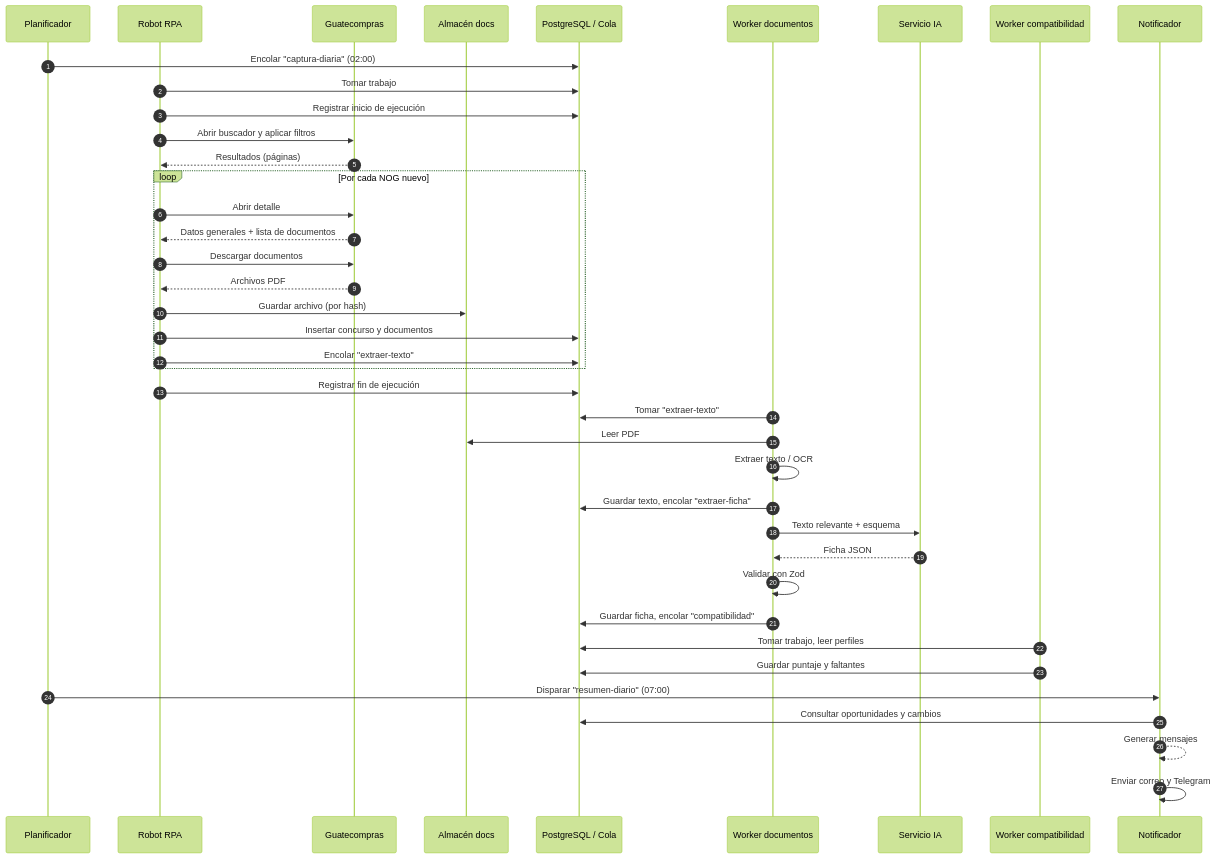
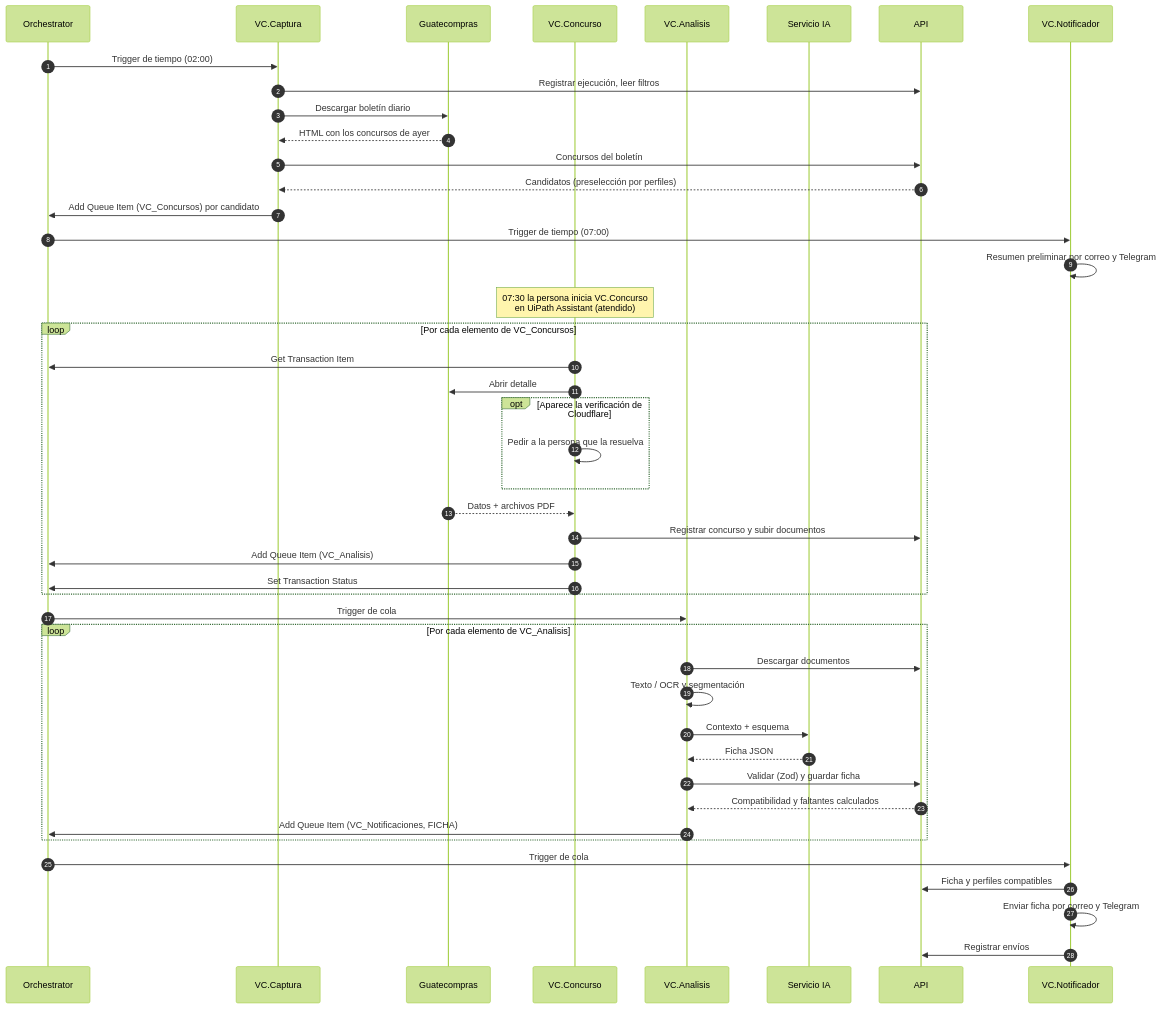
Before and after one commit to DenisArango/GuateComprasRPA: the third of 8 diagrams in docs/06-diagramas.md, drawn with Mermaid (forest theme). The commit also changed other lines of this file and 776 other files, not shown here.

````diff
--- a/docs/06-diagramas.md
+++ b/docs/06-diagramas.md
@@ -75,46 +79,52 @@
 ```mermaid
 sequenceDiagram
     autonumber
-    participant PL as Planificador
-    participant BOT as Robot RPA
+    participant OR as Orchestrator
+    participant CAP as VC.Captura
     participant GC as Guatecompras
-    participant FS as Almacén docs
-    participant DB as PostgreSQL / Cola
-    participant WD as Worker documentos
+    participant CON as VC.Concurso
+    participant ANA as VC.Analisis
     participant IA as Servicio IA
-    participant WC as Worker compatibilidad
-    participant NT as Notificador
+    participant API as API
+    participant NOT as VC.Notificador
 
-    PL->>DB: Encolar "captura-diaria" (02:00)
-    BOT->>DB: Tomar trabajo
-    BOT->>DB: Registrar inicio de ejecución
-    BOT->>GC: Abrir buscador y aplicar filtros
-    GC-->>BOT: Resultados (páginas)
-    loop Por cada NOG nuevo
-        BOT->>GC: Abrir detalle
-        GC-->>BOT: Datos generales + lista de documentos
-        BOT->>GC: Descargar documentos
-        GC-->>BOT: Archivos PDF
-        BOT->>FS: Guardar archivo (por hash)
-        BOT->>DB: Insertar concurso y documentos
-        BOT->>DB: Encolar "extraer-texto"
+    OR->>CAP: Trigger de tiempo (02:00)
+    CAP->>API: Registrar ejecución, leer filtros
+    CAP->>GC: Descargar boletín diario
+    GC-->>CAP: HTML con los concursos de ayer
+    CAP->>API: Concursos del boletín
+    API-->>CAP: Candidatos (preselección por perfiles)
+    CAP->>OR: Add Queue Item (VC_Concursos) por candidato
+
+    OR->>NOT: Trigger de tiempo (07:00)
+    NOT->>NOT: Resumen preliminar por correo y Telegram
+
+    Note over CON: 07:30 la persona inicia VC.Concurso<br/>en UiPath Assistant (atendido)
+    loop Por cada elemento de VC_Concursos
+        CON->>OR: Get Transaction Item
+        CON->>GC: Abrir detalle
+        opt Aparece la verificación de Cloudflare
+            CON->>CON: Pedir a la persona que la resuelva
+        end
+        GC-->>CON: Datos + archivos PDF
+        CON->>API: Registrar concurso y subir documentos
+        CON->>OR: Add Queue Item (VC_Analisis)
+        CON->>OR: Set Transaction Status
     end
-    BOT->>DB: Registrar fin de ejecución
 
-    WD->>DB: Tomar "extraer-texto"
-    WD->>FS: Leer PDF
-    WD->>WD: Extraer texto / OCR
-    WD->>DB: Guardar texto, encolar "extraer-ficha"
-    WD->>IA: Texto relevante + esquema
-    IA-->>WD: Ficha JSON
-    WD->>WD: Validar con Zod
-    WD->>DB: Guardar ficha, encolar "compatibilidad"
+    OR->>ANA: Trigger de cola
+    loop Por cada elemento de VC_Analisis
+        ANA->>API: Descargar documentos
+        ANA->>ANA: Texto / OCR y segmentación
+        ANA->>IA: Contexto + esquema
+        IA-->>ANA: Ficha JSON
+        ANA->>API: Validar (Zod) y guardar ficha
+        API-->>ANA: Compatibilidad y faltantes calculados
+        ANA->>OR: Add Queue Item (VC_Notificaciones, FICHA)
+    end
 
-    WC->>DB: Tomar trabajo, leer perfiles
-    WC->>DB: Guardar puntaje y faltantes
-
-    PL->>NT: Disparar "resumen-diario" (07:00)
-    NT->>DB: Consultar oportunidades y cambios
-    NT-->>NT: Generar mensajes
-    NT->>NT: Enviar correo y Telegram
+    OR->>NOT: Trigger de cola
+    NOT->>API: Ficha y perfiles compatibles
+    NOT->>NOT: Enviar ficha por correo y Telegram
+    NOT->>API: Registrar envíos
 ```
````
